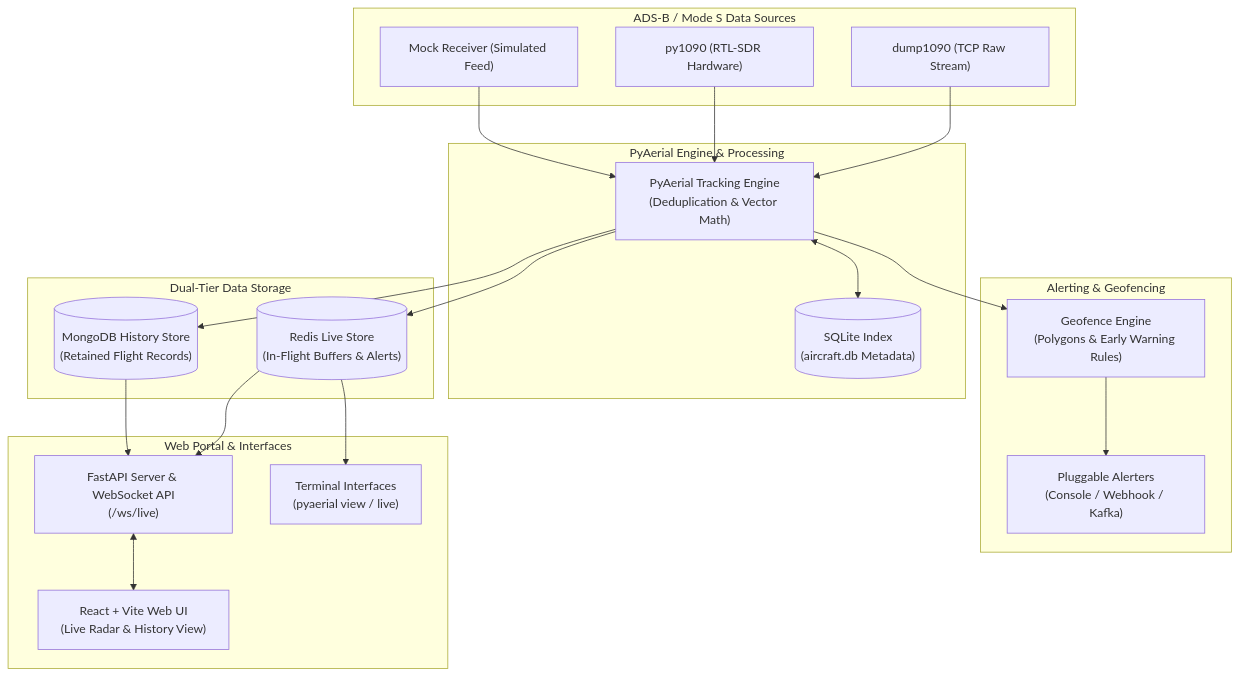
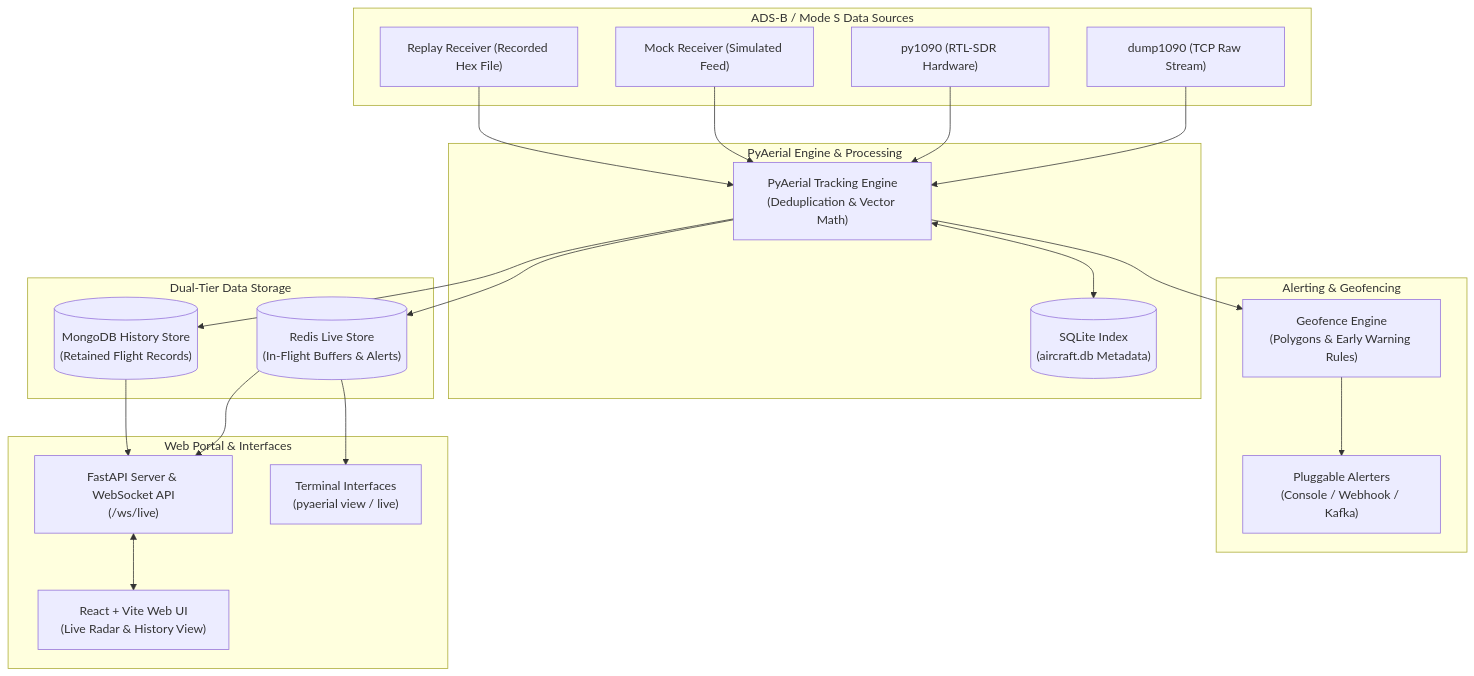
One commit to quantumbagel/PyAerial changed the diagram in README.md. Above: the diagram before and after it, drawn with Mermaid. The commit also changed other lines of this file and 27 other files, not shown here.

````diff
--- a/README.md
+++ b/README.md
@@ -15,46 +15,48 @@
 ```mermaid
 graph TD
     subgraph Inputs ["ADS-B / Mode S Data Sources"]
         DUMP1090["dump1090 (TCP Raw Stream)"]
         PY1090["py1090 (RTL-SDR Hardware)"]
         MOCK_REC["Mock Receiver (Simulated Feed)"]
+        REPLAY["Replay Receiver (Recorded Hex File)"]
     end
 
     subgraph Core ["PyAerial Engine & Processing"]
         ENGINE["PyAerial Tracking Engine<br/>(Deduplication & Vector Math)"]
         AIRCRAFT_DB[("SQLite Index<br/>(aircraft.db Metadata)")]
     end
 
     subgraph Alerts ["Alerting & Geofencing"]
         GEOFENCE["Geofence Engine<br/>(Polygons & Early Warning Rules)"]
         ALERTERS["Pluggable Alerters<br/>(Console / Webhook / Kafka)"]
     end
 
     subgraph Storage ["Dual-Tier Data Storage"]
         REDIS[("Redis Live Store<br/>(In-Flight Buffers & Alerts)")]
         MONGO[("MongoDB History Store<br/>(Retained Flight Records)")]
     end
 
     subgraph Frontend ["Web Portal & Interfaces"]
         WEBAPP["FastAPI Server & WebSocket API<br/>(/ws/live)"]
         WEBUI["React + Vite Web UI<br/>(Live Radar & History View)"]
         CLI["Terminal Interfaces<br/>(pyaerial view / live)"]
     end
 
     DUMP1090 --> ENGINE
     PY1090 --> ENGINE
     MOCK_REC --> ENGINE
+    REPLAY --> ENGINE
 
     ENGINE <--> AIRCRAFT_DB
     ENGINE --> GEOFENCE
     GEOFENCE --> ALERTERS
 
     ENGINE --> REDIS
     ENGINE --> MONGO
 
     REDIS --> WEBAPP
     MONGO --> WEBAPP
     REDIS --> CLI
 
     WEBAPP <--> WEBUI
 ```
````
